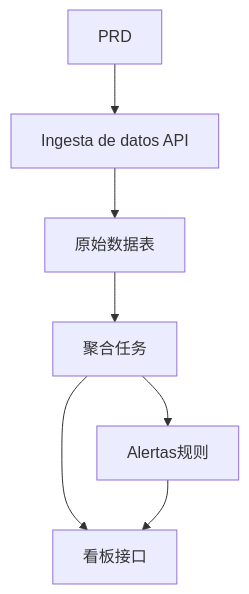
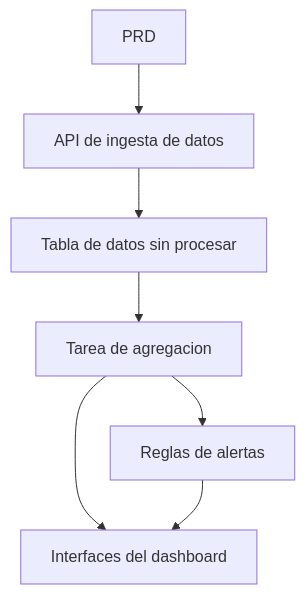
The diagram in docs/es-es/stage-2/assignments/traffic-data-visualization-go/index.md (sketchymonk/easy-vibe), drawn with Mermaid before and after one commit. The commit also changed other lines of this file and 59 other files, not shown here.

````diff
--- a/docs/es-es/stage-2/assignments/traffic-data-visualization-go/index.md
+++ b/docs/es-es/stage-2/assignments/traffic-data-visualization-go/index.md
@@ -71,9 +71,9 @@
 ```mermaid
 flowchart TD
-  prd["PRD"] --> ingest["Ingesta de datos API"]
-  ingest --> raw["原始数据表"]
-  raw --> agg["聚合任务"]
-  agg --> alert["Alertas规则"]
-  agg --> dashboard["看板接口"]
+  prd["PRD"] --> ingest["API de ingesta de datos"]
+  ingest --> raw["Tabla de datos sin procesar"]
+  raw --> agg["Tarea de agregacion"]
+  agg --> alert["Reglas de alertas"]
+  agg --> dashboard["Interfaces del dashboard"]
   alert --> dashboard
 ```
````
